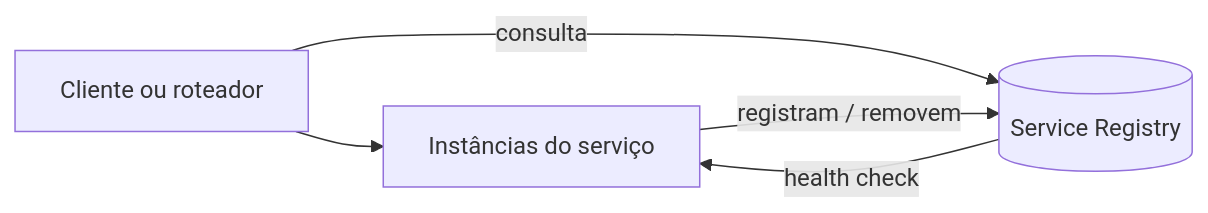
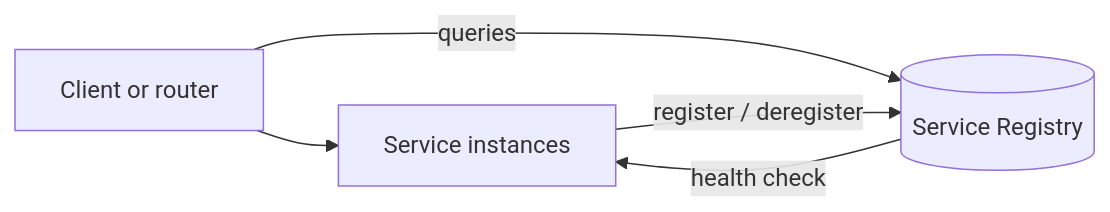
One commit to alancesar/design-patterns changed the diagram in docs/architecture/microservices/service-discovery/service-registry.md. Above: the diagram before and after it, drawn with Mermaid. The commit also changed 258 other files, not shown here.

First line of the commit message:
Translate Mermaid diagrams to English

````diff
--- a/docs/architecture/microservices/service-discovery/service-registry.md
+++ b/docs/architecture/microservices/service-discovery/service-registry.md
@@ -51,7 +51,7 @@
 ```mermaid
 flowchart LR
-    I["Instâncias do serviço"] -->|"registram / removem"| R[("Service Registry")]
+    I["Service instances"] -->|"register / deregister"| R[("Service Registry")]
     R -->|"health check"| I
-    C["Cliente ou roteador"] -->|"consulta"| R
+    C["Client or router"] -->|"queries"| R
     C --> I
 ```
````
